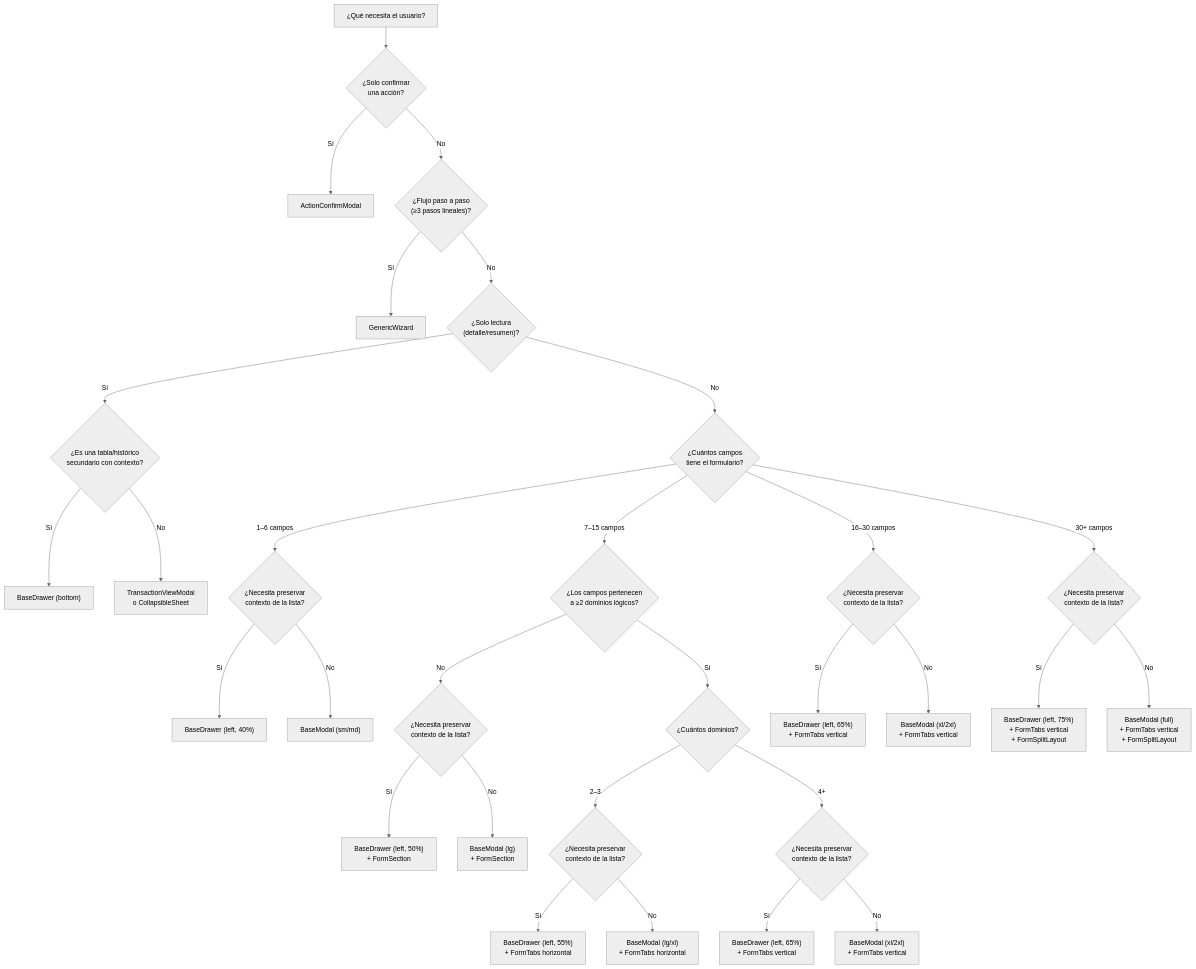
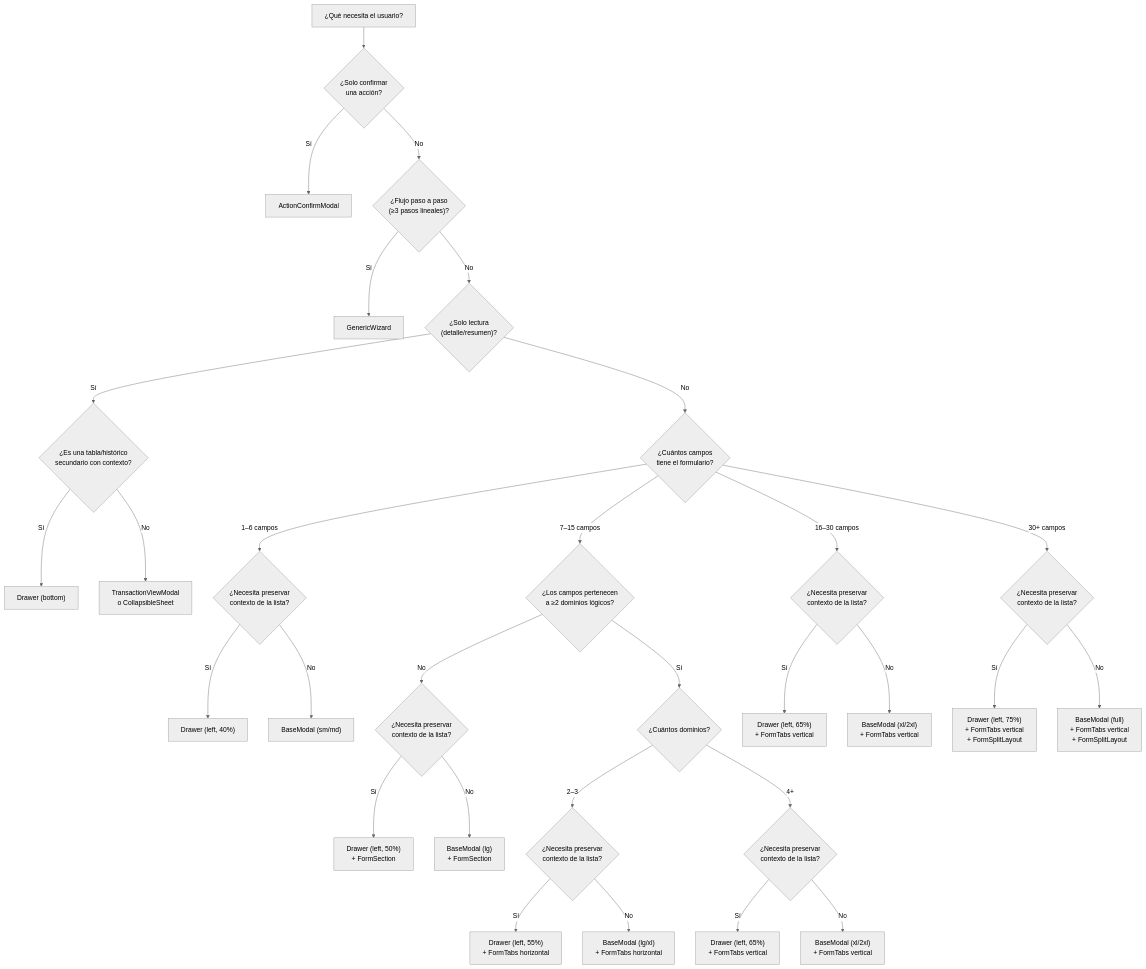
One commit to Patricoaa/ERPGrafico changed the first of 3 diagrams in docs/20-contracts/component-form-patterns.md. Above: the diagram before and after it, drawn with Mermaid (neutral theme). The commit also changed other lines of this file and 74 other files, not shown here.

````diff
--- a/docs/20-contracts/component-form-patterns.md
+++ b/docs/20-contracts/component-form-patterns.md
@@ -30,32 +30,32 @@
 ```mermaid
 graph TD
     START["¿Qué necesita el usuario?"] --> Q1{"¿Solo confirmar<br/>una acción?"}
     Q1 -->|Sí| ACM["ActionConfirmModal"]
     Q1 -->|No| Q2{"¿Flujo paso a paso<br/>(≥3 pasos lineales)?"}
     Q2 -->|Sí| WIZ["GenericWizard"]
     Q2 -->|No| Q3{"¿Solo lectura<br/>(detalle/resumen)?"}
     Q3 -->|Sí| Q_READONLY{"¿Es una tabla/histórico<br/>secundario con contexto?"}
-    Q_READONLY -->|Sí| DRAWER["BaseDrawer (bottom)"]
+    Q_READONLY -->|Sí| DRAWER["Drawer (bottom)"]
     Q_READONLY -->|No| TVM["TransactionViewModal<br/>o CollapsibleSheet"]
     Q3 -->|No| Q4{"¿Cuántos campos<br/>tiene el formulario?"}
     Q4 -->|"1–6 campos"| Q_CONTEXT{"¿Necesita preservar<br/>contexto de la lista?"}
-    Q_CONTEXT -->|Sí| SIMPLE_DRAWER["BaseDrawer (left, 40%)"]
+    Q_CONTEXT -->|Sí| SIMPLE_DRAWER["Drawer (left, 40%)"]
     Q_CONTEXT -->|No| SIMPLE["BaseModal (sm/md)"]
     Q4 -->|"7–15 campos"| Q5{"¿Los campos pertenecen<br/>a ≥2 dominios lógicos?"}
     Q5 -->|No| Q_CONTEXT2{"¿Necesita preservar<br/>contexto de la lista?"}
-    Q_CONTEXT2 -->|Sí| STD_DRAWER["BaseDrawer (left, 50%)<br/>+ FormSection"]
+    Q_CONTEXT2 -->|Sí| STD_DRAWER["Drawer (left, 50%)<br/>+ FormSection"]
     Q_CONTEXT2 -->|No| STANDARD["BaseModal (lg)<br/>+ FormSection"]
     Q5 -->|Sí| Q6{"¿Cuántos dominios?"}
     Q6 -->|"2–3"| TABS_H_Q{"¿Necesita preservar<br/>contexto de la lista?"}
-    TABS_H_Q -->|Sí| TABS_H_DRAWER["BaseDrawer (left, 55%)<br/>+ FormTabs horizontal"]
+    TABS_H_Q -->|Sí| TABS_H_DRAWER["Drawer (left, 55%)<br/>+ FormTabs horizontal"]
     TABS_H_Q -->|No| TABS_H["BaseModal (lg/xl)<br/>+ FormTabs horizontal"]
     Q6 -->|"4+"| TABS_V_Q{"¿Necesita preservar<br/>contexto de la lista?"}
-    TABS_V_Q -->|Sí| TABS_V_DRAWER["BaseDrawer (left, 65%)<br/>+ FormTabs vertical"]
+    TABS_V_Q -->|Sí| TABS_V_DRAWER["Drawer (left, 65%)<br/>+ FormTabs vertical"]
     TABS_V_Q -->|No| TABS_V["BaseModal (xl/2xl)<br/>+ FormTabs vertical"]
     Q4 -->|"16–30 campos"| Q_COMPLEX{"¿Necesita preservar<br/>contexto de la lista?"}
-    Q_COMPLEX -->|Sí| COMPLEX_DRAWER["BaseDrawer (left, 65%)<br/>+ FormTabs vertical"]
+    Q_COMPLEX -->|Sí| COMPLEX_DRAWER["Drawer (left, 65%)<br/>+ FormTabs vertical"]
     Q_COMPLEX -->|No| COMPLEX["BaseModal (xl/2xl)<br/>+ FormTabs vertical"]
     Q4 -->|"30+ campos"| Q_MASTER{"¿Necesita preservar<br/>contexto de la lista?"}
-    Q_MASTER -->|Sí| MASTER_DRAWER["BaseDrawer (left, 75%)<br/>+ FormTabs vertical<br/>+ FormSplitLayout"]
+    Q_MASTER -->|Sí| MASTER_DRAWER["Drawer (left, 75%)<br/>+ FormTabs vertical<br/>+ FormSplitLayout"]
     Q_MASTER -->|No| MASTER["BaseModal (full)<br/>+ FormTabs vertical<br/>+ FormSplitLayout"]
 ```
````
